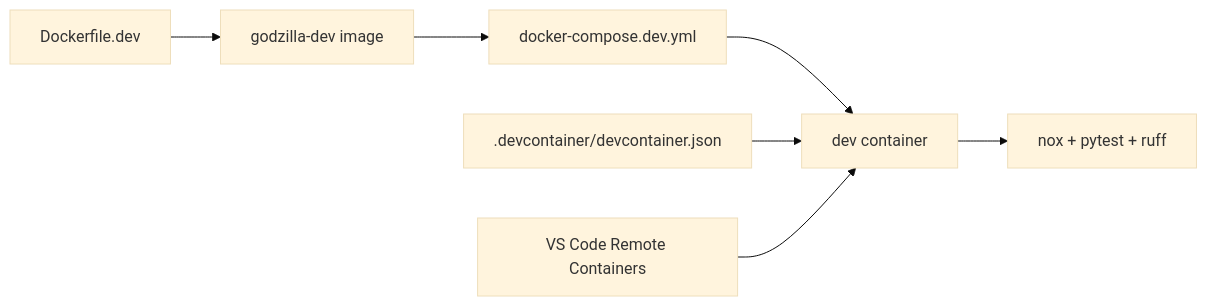
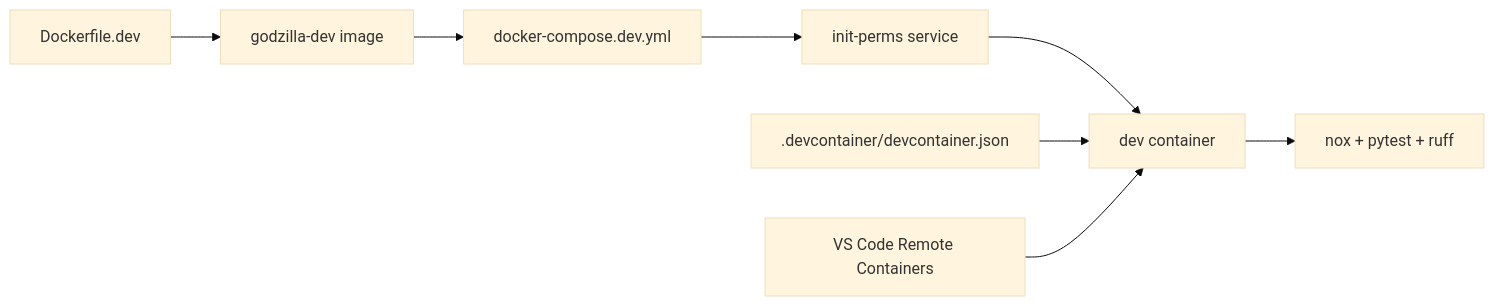
Before and after one commit to baquerrj/godzilla: the diagram in docs/design/developer-tooling.md, drawn with Mermaid (base theme). The commit also changed other lines of this file and 4 other files, not shown here.

````diff
--- a/docs/design/developer-tooling.md
+++ b/docs/design/developer-tooling.md
@@ -16,17 +17,19 @@
 ```mermaid
 flowchart LR
   DOCKERFILE[Dockerfile.dev]
   COMPOSE[docker-compose.dev.yml]
+  INIT[init-perms service]
   DEVCONTAINER[.devcontainer/devcontainer.json]
   IMAGE[godzilla-dev image]
   CONTAINER[dev container]
   VSCODE[VS Code Remote Containers]
   NOX[nox + pytest + ruff]
 
   DOCKERFILE --> IMAGE
   IMAGE --> COMPOSE
-  COMPOSE --> CONTAINER
+  COMPOSE --> INIT
+  INIT --> CONTAINER
   DEVCONTAINER --> CONTAINER
   VSCODE --> CONTAINER
   CONTAINER --> NOX
 ```
````
